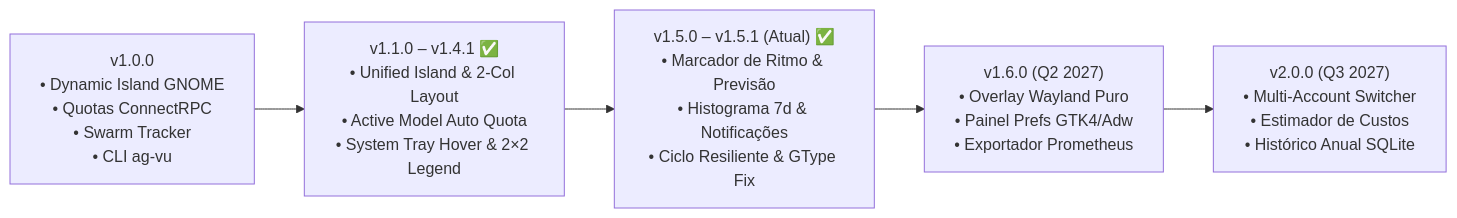
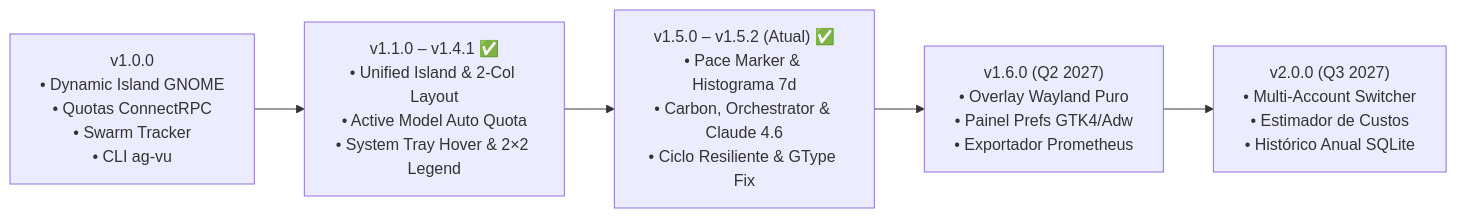
Before and after one commit to brendofreitas-dev/antigravity-vu-linux: the diagram in ROADMAP.md, drawn with Mermaid. The commit also changed other lines of this file and 4 other files, not shown here.

Commit message:
docs: document Swarm model upgrade and v1.5.2 Carbon, Orchestrator and Claude 4.6 support

````diff
--- a/ROADMAP.md
+++ b/ROADMAP.md
@@ -9,10 +9,10 @@
 ```mermaid
 flowchart LR
     v10["v1.0.0<br/>• Dynamic Island GNOME<br/>• Quotas ConnectRPC<br/>• Swarm Tracker<br/>• CLI ag-vu"]
     v11["v1.1.0 – v1.4.1 ✅<br/>• Unified Island & 2-Col Layout<br/>• Active Model Auto Quota<br/>• System Tray Hover & 2×2 Legend"]
-    v15["v1.5.0 – v1.5.1 (Atual) ✅<br/>• Marcador de Ritmo & Previsão<br/>• Histograma 7d & Notificações<br/>• Ciclo Resiliente & GType Fix"]
+    v15["v1.5.0 – v1.5.2 (Atual) ✅<br/>• Pace Marker & Histograma 7d<br/>• Carbon, Orchestrator & Claude 4.6<br/>• Ciclo Resiliente & GType Fix"]
     v16["v1.6.0 (Q2 2027)<br/>• Overlay Wayland Puro<br/>• Painel Prefs GTK4/Adw<br/>• Exportador Prometheus"]
     v20["v2.0.0 (Q3 2027)<br/>• Multi-Account Switcher<br/>• Estimador de Custos<br/>• Histórico Anual SQLite"]
 
     v10 --> v11 --> v15 --> v16 --> v20
 ```
````
